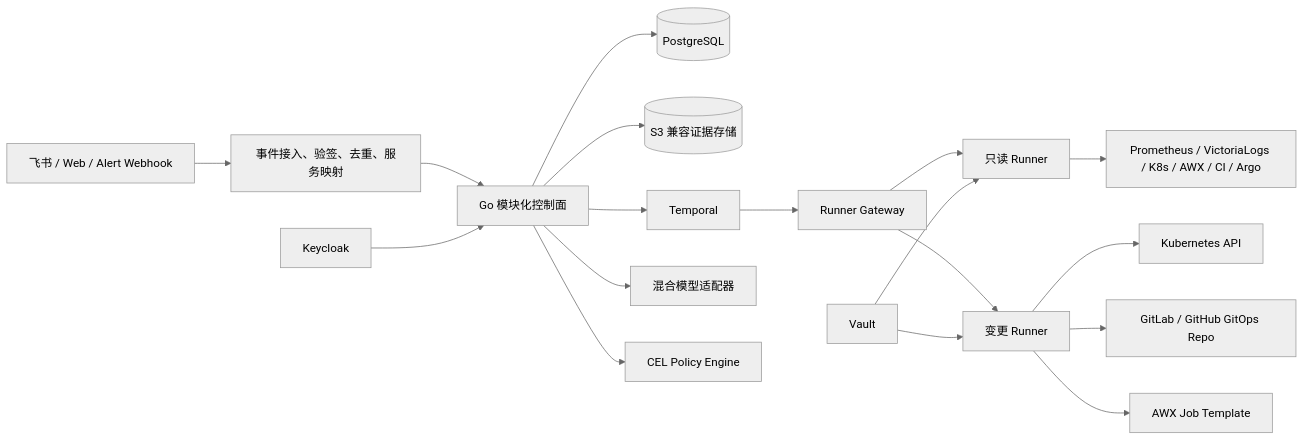
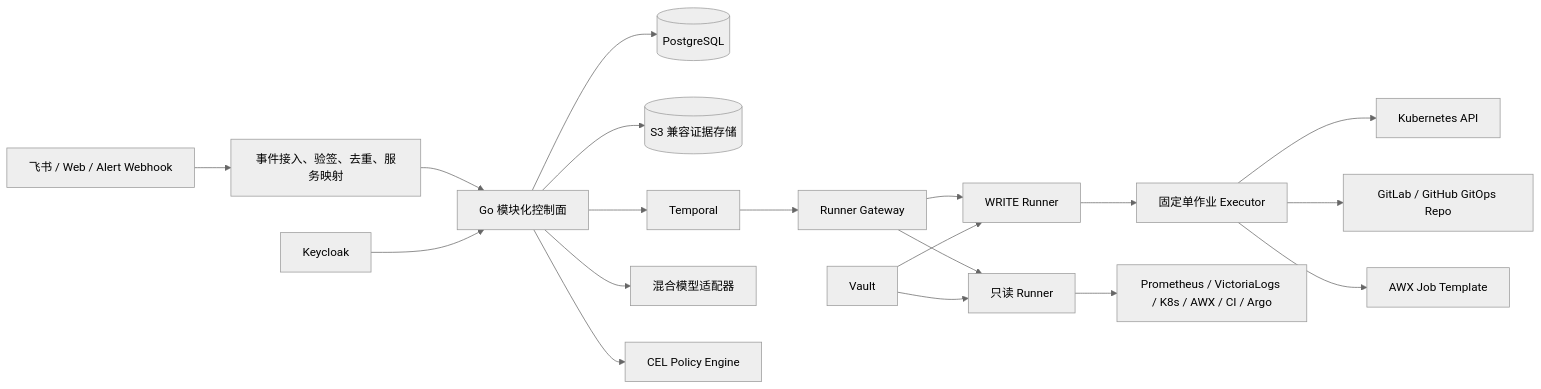
One commit to seaworld008/aiops-system changed the diagram in docs/architecture/implementation-blueprint-v3.md. Above: the diagram before and after it, drawn with Mermaid (neutral theme). The commit also changed other lines of this file and 64 other files, not shown here.

````diff
--- a/docs/architecture/implementation-blueprint-v3.md
+++ b/docs/architecture/implementation-blueprint-v3.md
@@ -64,23 +64,24 @@
 ```mermaid
 flowchart LR
     CH["飞书 / Web / Alert Webhook"] --> IN["事件接入、验签、去重、服务映射"]
     IN --> CP["Go 模块化控制面"]
     CP --> PG[(PostgreSQL)]
     CP --> OBJ[(S3 兼容证据存储)]
     CP --> TW[Temporal]
     CP --> MG[混合模型适配器]
     CP --> PE[CEL Policy Engine]
 
     TW --> GW[Runner Gateway]
     GW --> QR[只读 Runner]
-    GW --> WR[变更 Runner]
+    GW --> WR[WRITE Runner]
+    WR --> EX[固定单作业 Executor]
 
     QR --> SRC["Prometheus / VictoriaLogs / K8s / AWX / CI / Argo"]
-    WR --> K8S[Kubernetes API]
-    WR --> GIT["GitLab / GitHub GitOps Repo"]
-    WR --> AWX[AWX Job Template]
+    EX --> K8S[Kubernetes API]
+    EX --> GIT["GitLab / GitHub GitOps Repo"]
+    EX --> AWX[AWX Job Template]
 
     KC[Keycloak] --> CP
     VAULT[Vault] --> QR
     VAULT --> WR
 ```
````
